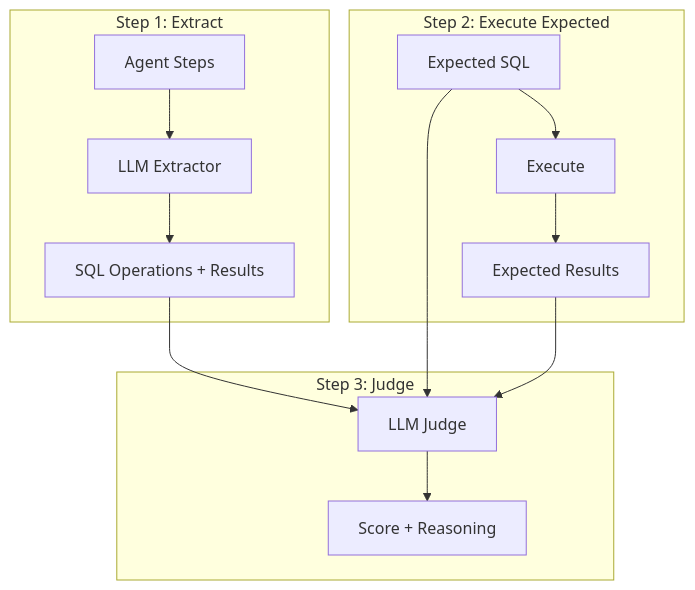
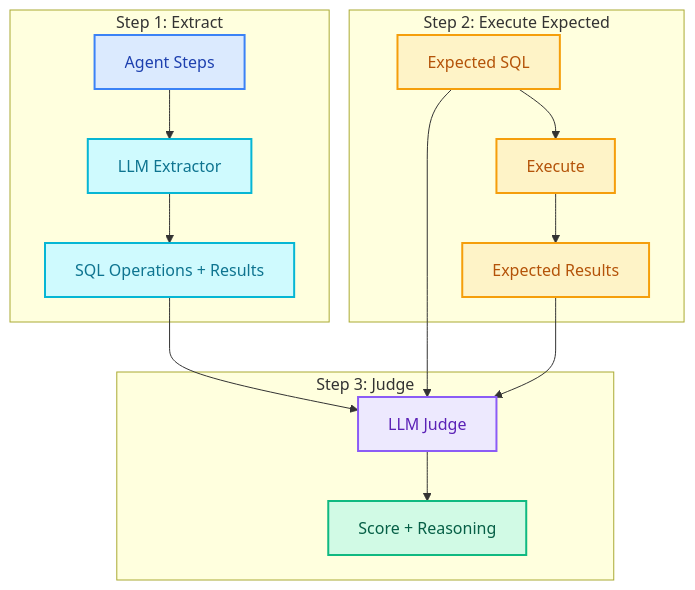
One commit to mhokchuekchuek/mtl_agent changed the diagram in docs/assets/diagrams/decisions/decisions_why_llm_as_judge_2.mmd. Above: the diagram before and after it, drawn with Mermaid. The commit also changed 92 other files, not shown here.

```diff
--- a/docs/assets/diagrams/decisions/decisions_why_llm_as_judge_2.mmd
+++ b/docs/assets/diagrams/decisions/decisions_why_llm_as_judge_2.mmd
@@ -1,17 +1,29 @@
 flowchart TD
     subgraph Step 1: Extract
         STEPS[Agent Steps] --> EXT[LLM Extractor]
         EXT --> OPS[SQL Operations + Results]
     end
-    
+
     subgraph Step 2: Execute Expected
         EXPSQL[Expected SQL] --> EXEC[Execute]
         EXEC --> EXPRES[Expected Results]
     end
-    
+
     subgraph Step 3: Judge
         OPS --> JUDGE[LLM Judge]
         EXPSQL --> JUDGE
         EXPRES --> JUDGE
         JUDGE --> SCORE[Score + Reasoning]
     end
+
+    classDef input fill:#dbeafe,stroke:#3b82f6,stroke-width:2px,color:#1e40af
+    classDef extract fill:#cffafe,stroke:#06b6d4,stroke-width:2px,color:#0e7490
+    classDef execute fill:#fef3c7,stroke:#f59e0b,stroke-width:2px,color:#b45309
+    classDef judge fill:#ede9fe,stroke:#8b5cf6,stroke-width:2px,color:#5b21b6
+    classDef output fill:#d1fae5,stroke:#10b981,stroke-width:2px,color:#065f46
+
+    class STEPS input
+    class EXT,OPS extract
+    class EXPSQL,EXEC,EXPRES execute
+    class JUDGE judge
+    class SCORE output
```
